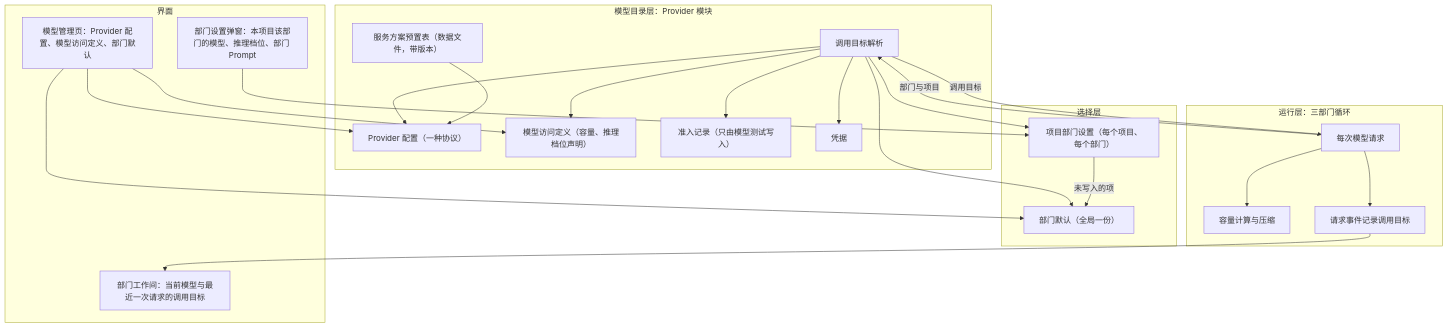
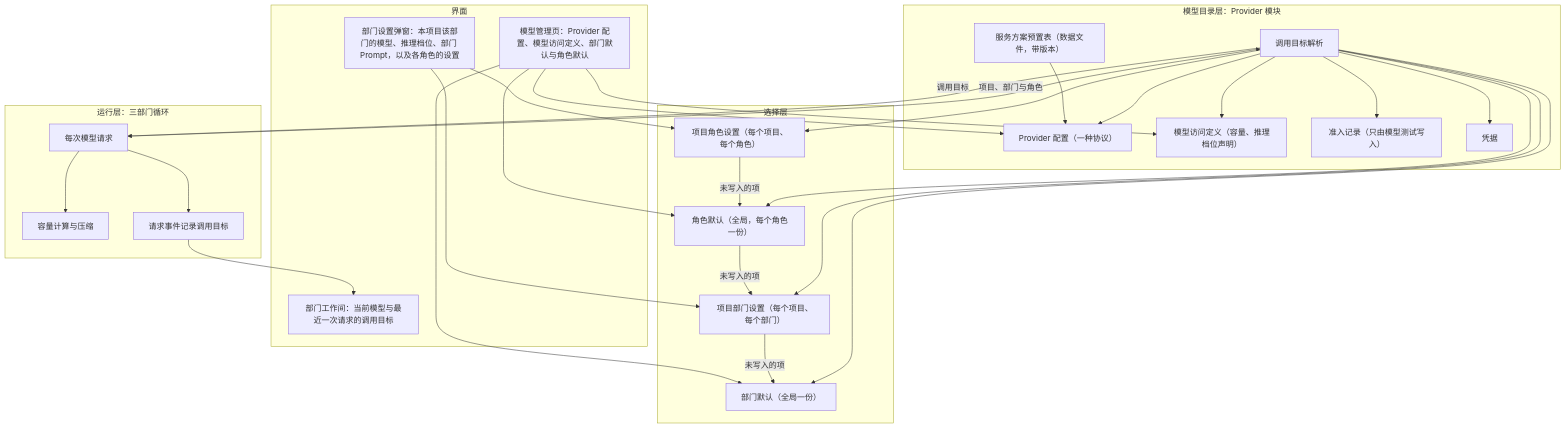
Before and after one commit to bender2333/yudao: the first of 4 diagrams in docs/design/model-management.md, drawn with Mermaid. The commit also changed other lines of this file and 6 other files, not shown here.

````diff
--- a/docs/design/model-management.md
+++ b/docs/design/model-management.md
@@ -31,42 +31,50 @@
 ```mermaid
 flowchart TB
   subgraph UI["界面"]
-    MM["模型管理页：Provider 配置、模型访问定义、部门默认"]
-    DS["部门设置弹窗：本项目该部门的模型、推理档位、部门 Prompt"]
+    MM["模型管理页：Provider 配置、模型访问定义、部门默认与角色默认"]
+    DS["部门设置弹窗：本项目该部门的模型、推理档位、部门 Prompt，以及各角色的设置"]
     Room["部门工作间：当前模型与最近一次请求的调用目标"]
   end
   subgraph Select["选择层"]
     Default["部门默认（全局一份）"]
     ProjectSet["项目部门设置（每个项目、每个部门）"]
+    RoleDefault["角色默认（全局，每个角色一份）"]
+    ProjectRole["项目角色设置（每个项目、每个角色）"]
   end
   subgraph Catalog["模型目录层：Provider 模块"]
     Presets["服务方案预置表（数据文件，带版本）"]
     Conn["Provider 配置（一种协议）"]
     Def["模型访问定义（容量、推理档位声明）"]
     Adm["准入记录（只由模型测试写入）"]
     Cred["凭据"]
     Resolve["调用目标解析"]
   end
   subgraph Run["运行层：三部门循环"]
     Req["每次模型请求"]
     Cap["容量计算与压缩"]
     Audit["请求事件记录调用目标"]
   end
   MM --> Conn
   MM --> Def
   MM --> Default
+  MM --> RoleDefault
   DS --> ProjectSet
+  DS --> ProjectRole
   Presets --> Conn
+  ProjectRole -->|"未写入的项"| RoleDefault
+  RoleDefault -->|"未写入的项"| ProjectSet
   ProjectSet -->|"未写入的项"| Default
-  Req -->|"部门与项目"| Resolve
+  Req -->|"项目、部门与角色"| Resolve
+  Resolve --> ProjectRole
+  Resolve --> RoleDefault
   Resolve --> ProjectSet
   Resolve --> Default
   Resolve --> Def
   Resolve --> Adm
   Resolve --> Cred
   Resolve --> Conn
   Resolve -->|"调用目标"| Req
   Req --> Cap
   Req --> Audit
   Audit --> Room
 ```
````
